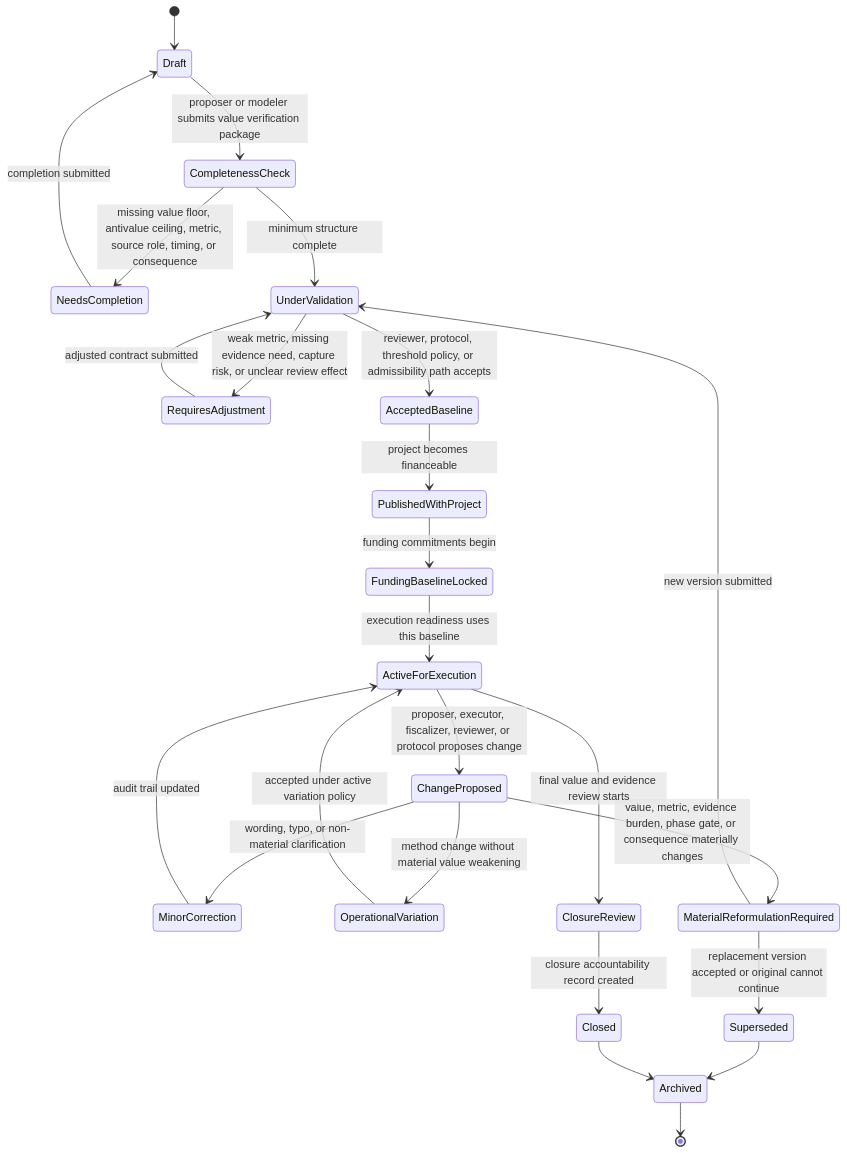
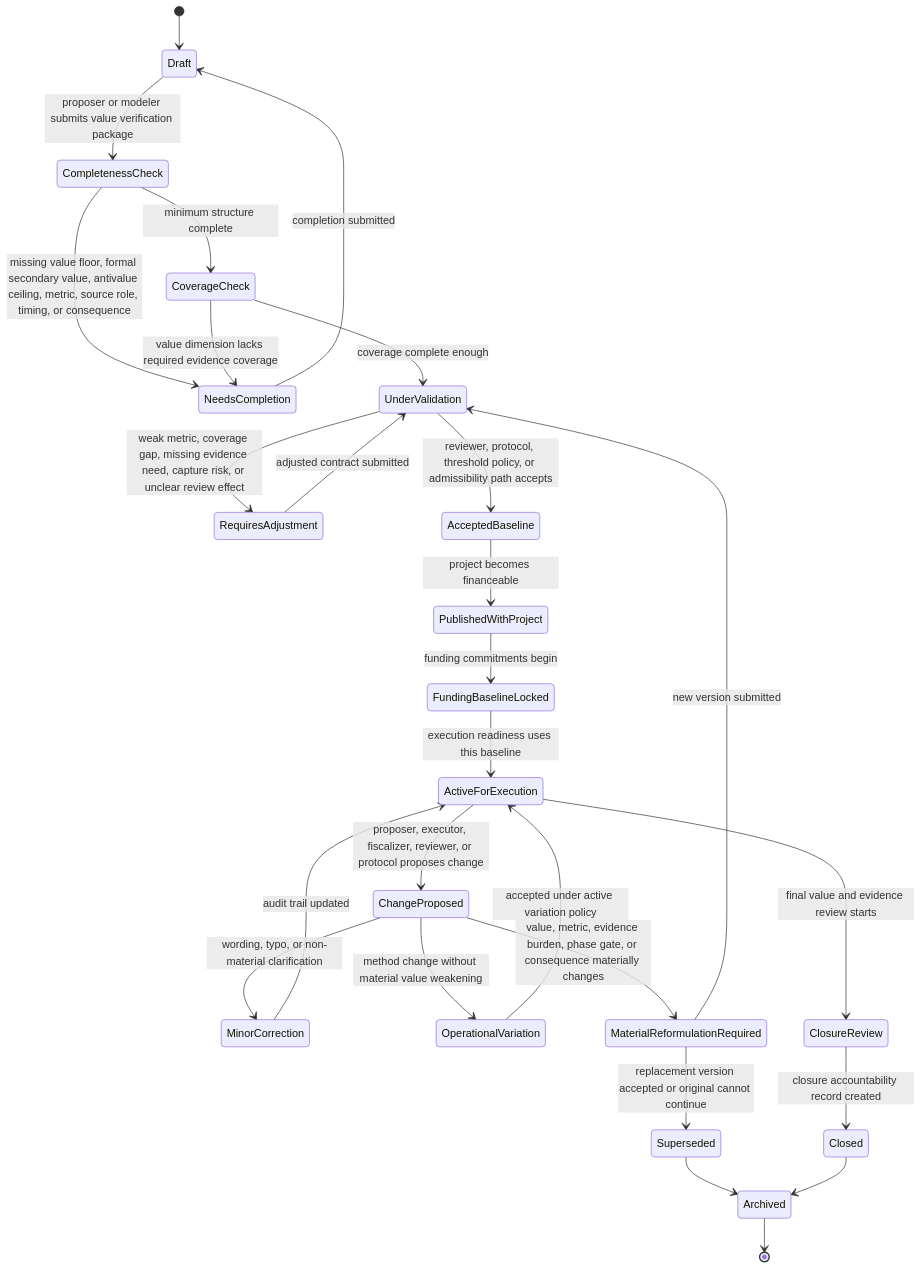
The first of 3 diagrams in docs/diagrams/v0-project-evidential-contract-state.md (moffermann/distributed-governance-research), drawn with Mermaid before and after one commit. The commit also changed other lines of this file and 34 other files, not shown here.

First line of the commit message:
Propagate A004 evidence coverage checks

````diff
--- a/docs/diagrams/v0-project-evidential-contract-state.md
+++ b/docs/diagrams/v0-project-evidential-contract-state.md
@@ -41,34 +42,36 @@
 ```mermaid
 stateDiagram-v2
     [*] --> Draft
     Draft --> CompletenessCheck: proposer or modeler submits value verification package
-    CompletenessCheck --> NeedsCompletion: missing value floor, antivalue ceiling, metric, source role, timing, or consequence
+    CompletenessCheck --> NeedsCompletion: missing value floor, formal secondary value, antivalue ceiling, metric, source role, timing, or consequence
     NeedsCompletion --> Draft: completion submitted
 
-    CompletenessCheck --> UnderValidation: minimum structure complete
-    UnderValidation --> RequiresAdjustment: weak metric, missing evidence need, capture risk, or unclear review effect
+    CompletenessCheck --> CoverageCheck: minimum structure complete
+    CoverageCheck --> NeedsCompletion: value dimension lacks required evidence coverage
+    CoverageCheck --> UnderValidation: coverage complete enough
+    UnderValidation --> RequiresAdjustment: weak metric, coverage gap, missing evidence need, capture risk, or unclear review effect
     RequiresAdjustment --> UnderValidation: adjusted contract submitted
 
     UnderValidation --> AcceptedBaseline: reviewer, protocol, threshold policy, or admissibility path accepts
     AcceptedBaseline --> PublishedWithProject: project becomes financeable
     PublishedWithProject --> FundingBaselineLocked: funding commitments begin
     FundingBaselineLocked --> ActiveForExecution: execution readiness uses this baseline
 
     ActiveForExecution --> ChangeProposed: proposer, executor, fiscalizer, reviewer, or protocol proposes change
     ChangeProposed --> MinorCorrection: wording, typo, or non-material clarification
     MinorCorrection --> ActiveForExecution: audit trail updated
 
     ChangeProposed --> OperationalVariation: method change without material value weakening
     OperationalVariation --> ActiveForExecution: accepted under active variation policy
 
     ChangeProposed --> MaterialReformulationRequired: value, metric, evidence burden, phase gate, or consequence materially changes
     MaterialReformulationRequired --> UnderValidation: new version submitted
     MaterialReformulationRequired --> Superseded: replacement version accepted or original cannot continue
 
     ActiveForExecution --> ClosureReview: final value and evidence review starts
     ClosureReview --> Closed: closure accountability record created
 
     Superseded --> Archived
     Closed --> Archived
     Archived --> [*]
 ```
````
